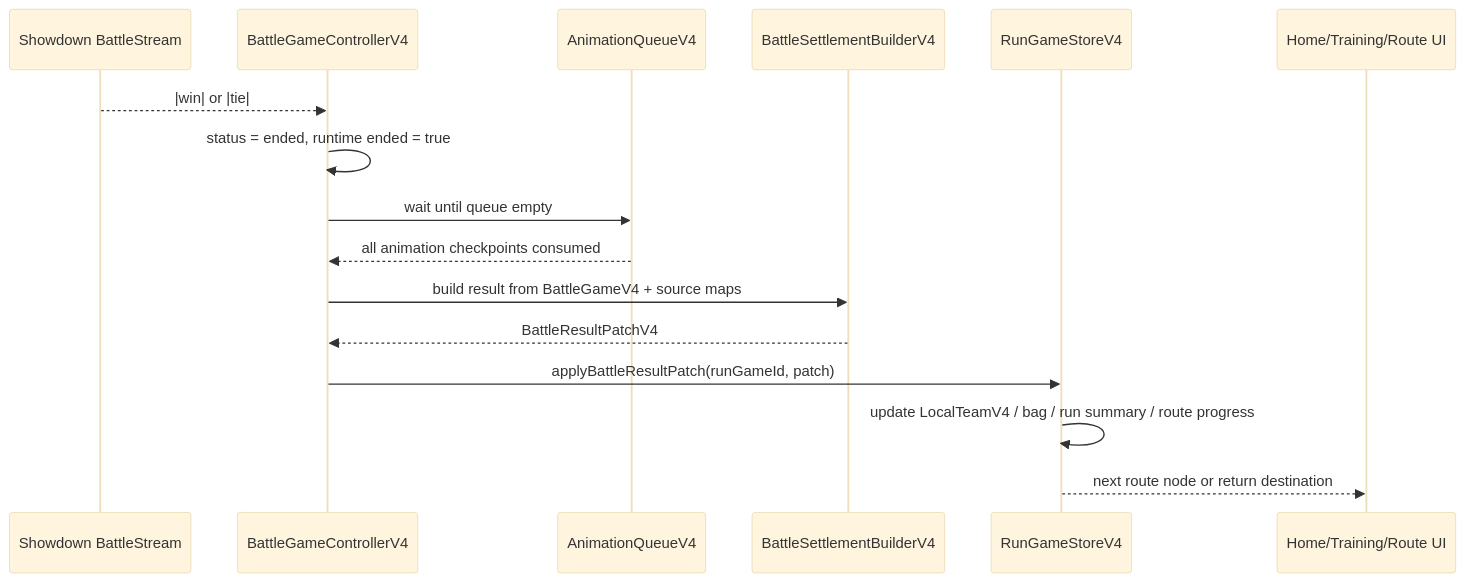
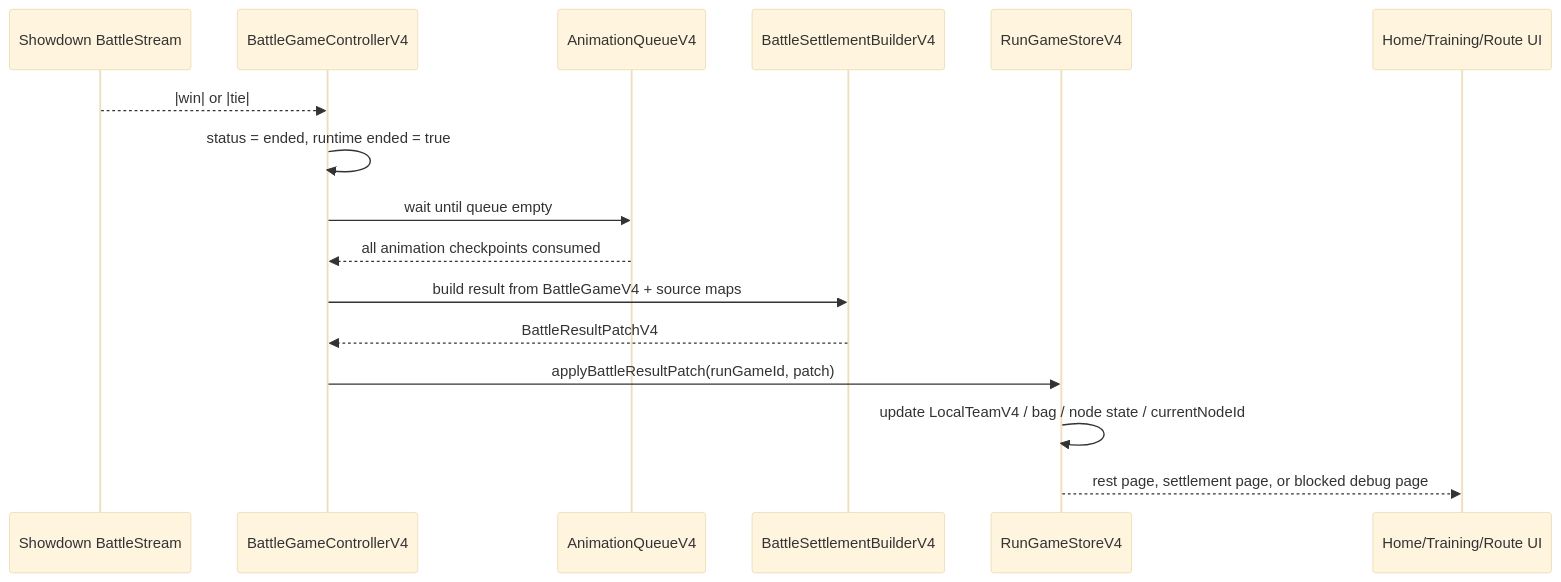
The sixth of 6 diagrams in plan/battle-v4-architecture-plan.md (AlexQFMM2/changeBattle), drawn with Mermaid (base theme) before and after one commit. The commit also changed other lines of this file and 759 other files, not shown here.

Commit message:
feat(battle): add training battle service flow

````diff
--- a/plan/battle-v4-architecture-plan.md
+++ b/plan/battle-v4-architecture-plan.md
@@ -838,19 +1034,19 @@
 ```mermaid
 sequenceDiagram
   participant Stream as Showdown BattleStream
   participant Battle as BattleGameControllerV4
   participant Anim as AnimationQueueV4
   participant Settle as BattleSettlementBuilderV4
   participant Run as RunGameStoreV4
   participant UI as Home/Training/Route UI
 
   Stream-->>Battle: |win| or |tie|
   Battle->>Battle: status = ended, runtime ended = true
   Battle->>Anim: wait until queue empty
   Anim-->>Battle: all animation checkpoints consumed
   Battle->>Settle: build result from BattleGameV4 + source maps
   Settle-->>Battle: BattleResultPatchV4
   Battle->>Run: applyBattleResultPatch(runGameId, patch)
-  Run->>Run: update LocalTeamV4 / bag / run summary / route progress
-  Run-->>UI: next route node or return destination
+  Run->>Run: update LocalTeamV4 / bag / node state / currentNodeId
+  Run-->>UI: rest page, settlement page, or blocked debug page
 ```
````
